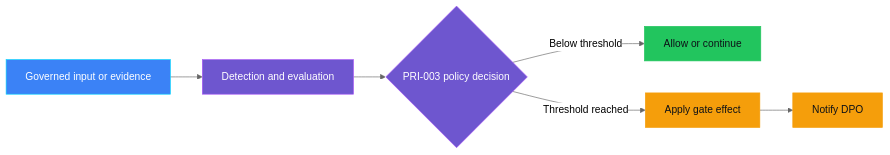
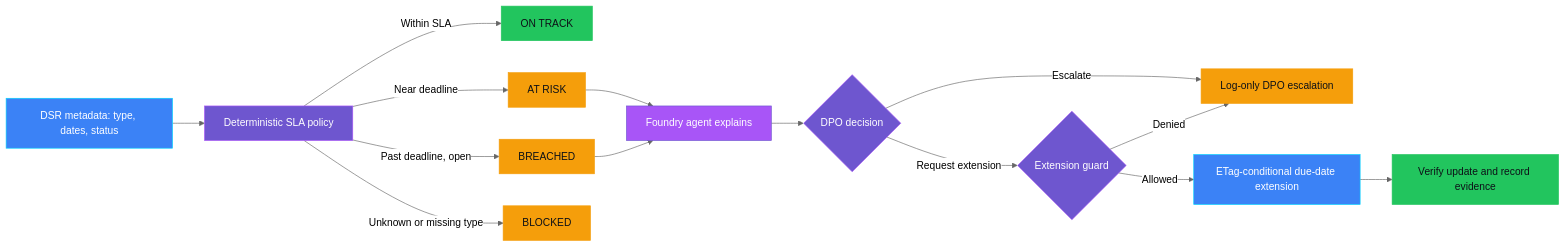
The first of 2 diagrams in controls/privacy/PRI-003_data_subject_request_sla_breach/README.md (doruit/forged-with-foundry), drawn with Mermaid (neutral theme) before and after one commit. The commit also changed other lines of this file and 24 other files, not shown here.

First line of the commit message:
feat: Implement PRI-003 Data Subject Request SLA Breach Control

````diff
--- a/controls/privacy/PRI-003_data_subject_request_sla_breach/README.md
+++ b/controls/privacy/PRI-003_data_subject_request_sla_breach/README.md
@@ -41,17 +104,27 @@
 ```mermaid
 flowchart LR
-    I[Governed input or evidence] --> D[Detection and evaluation]
-    D --> P{PRI-003 policy decision}
-    P -->|Below threshold| A[Allow or continue]
-    P -->|Threshold reached| E[Apply gate effect]
-    E --> O[Notify DPO]
+  S[DSR metadata: type, dates, status] --> P[Deterministic SLA policy]
+  P -->|Within SLA| C[ON TRACK]
+  P -->|Near deadline| W[AT RISK]
+  P -->|Past deadline, open| B[BREACHED]
+  P -->|Unknown or missing type| X[BLOCKED]
+  W --> A[Foundry agent explains]
+  B --> A
+  A --> Q{DPO decision}
+  Q -->|Escalate| E[Log-only DPO escalation]
+  Q -->|Request extension| G{Extension guard}
+  G -->|Denied| E
+  G -->|Allowed| D[ETag-conditional due-date extension]
+  D --> R[Verify update and record evidence]
 
     classDef governance fill:#6E56CF,stroke:#A855F7,color:#FFFFFF
     classDef platform fill:#3B82F6,stroke:#00D4FF,color:#FFFFFF
+    classDef intelligence fill:#A855F7,stroke:#6E56CF,color:#FFFFFF
     classDef success fill:#22C55E,stroke:#22C55E,color:#0D1117
     classDef attention fill:#F59E0B,stroke:#F59E0B,color:#0D1117
-    class D,P governance
-    class I platform
-    class A success
-    class E,O attention
+    class S,D platform
+    class P,Q,G governance
+    class A intelligence
+    class C,R success
+    class W,B,X,E attention
 ```
````
